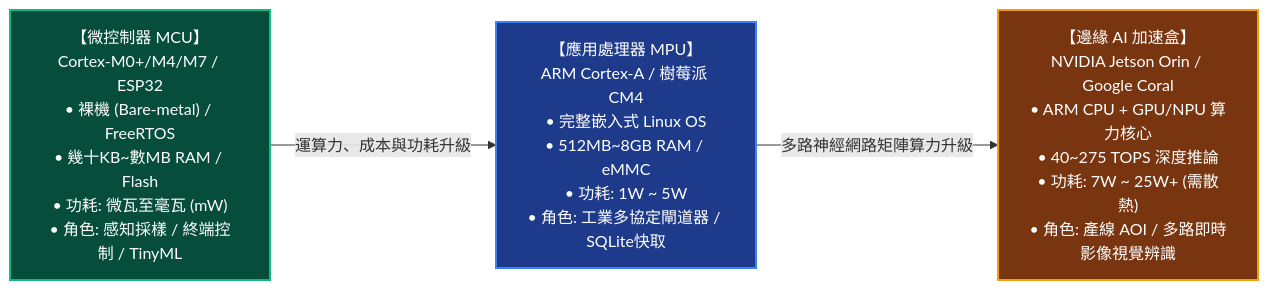
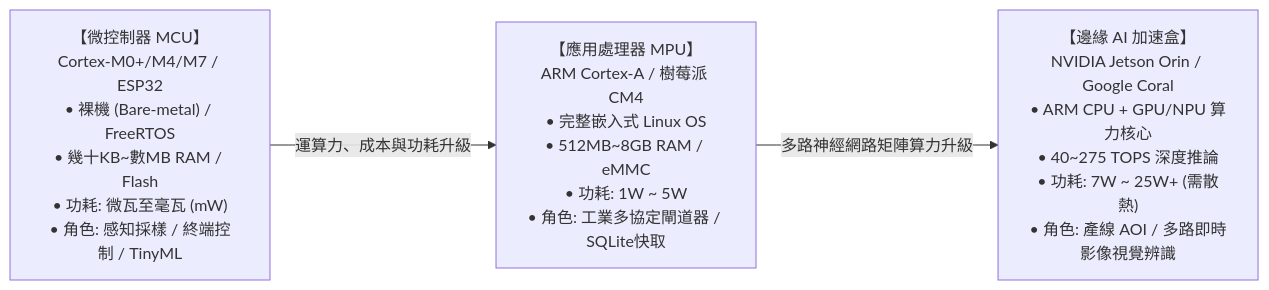
The first of 4 diagrams in exam/notes/aiot/s2_物聯網系統與應用/L121_軟硬體整合規劃.md (ta-lang/iPAS_Test), drawn with Mermaid before and after one commit. The commit also changed other lines of this file and 16 other files, not shown here.

Commit message:
fix(mermaid): remove hardcoded styles, add high-contrast theme CSS, and forbid color styling in SOP

````diff
--- a/exam/notes/aiot/s2_物聯網系統與應用/L121_軟硬體整合規劃.md
+++ b/exam/notes/aiot/s2_物聯網系統與應用/L121_軟硬體整合規劃.md
@@ -15,12 +15,9 @@
 ```mermaid
 flowchart LR
     MCU["【微控制器 MCU】<br>Cortex-M0+/M4/M7 / ESP32<br>• 裸機 (Bare-metal) / FreeRTOS<br>• 幾十KB~數MB RAM / Flash<br>• 功耗: 微瓦至毫瓦 (mW)<br>• 角色: 感知採樣 / 終端控制 / TinyML"]
     MPU["【應用處理器 MPU】<br>ARM Cortex-A / 樹莓派 CM4<br>• 完整嵌入式 Linux OS<br>• 512MB~8GB RAM / eMMC<br>• 功耗: 1W ~ 5W<br>• 角色: 工業多協定閘道器 / SQLite快取"]
     BOX["【邊緣 AI 加速盒】<br>NVIDIA Jetson Orin / Google Coral<br>• ARM CPU + GPU/NPU 算力核心<br>• 40~275 TOPS 深度推論<br>• 功耗: 7W ~ 25W+ (需散熱)<br>• 角色: 產線 AOI / 多路即時影像視覺辨識"]
 
     MCU -->|"運算力、成本與功耗升級"| MPU -->|"多路神經網路矩陣算力升級"| BOX
 
-    style MCU fill:#064e3b,stroke:#10b981,stroke-width:2px,color:#fff
-    style MPU fill:#1e3a8a,stroke:#3b82f6,stroke-width:2px,color:#fff
-    style BOX fill:#78350f,stroke:#f59e0b,stroke-width:2px,color:#fff
 ```
````
